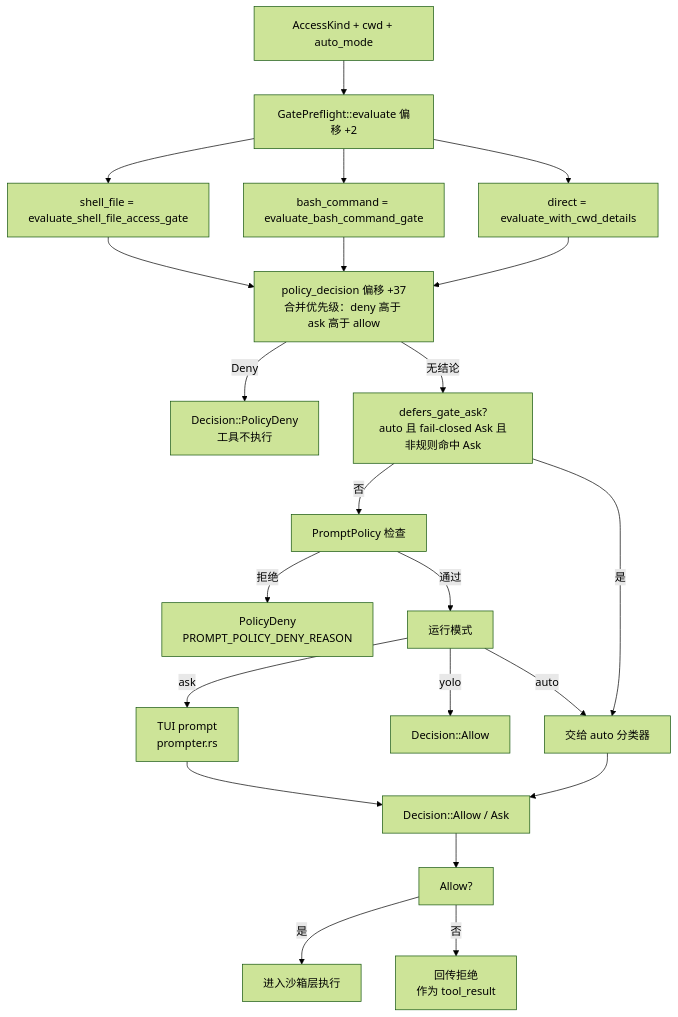
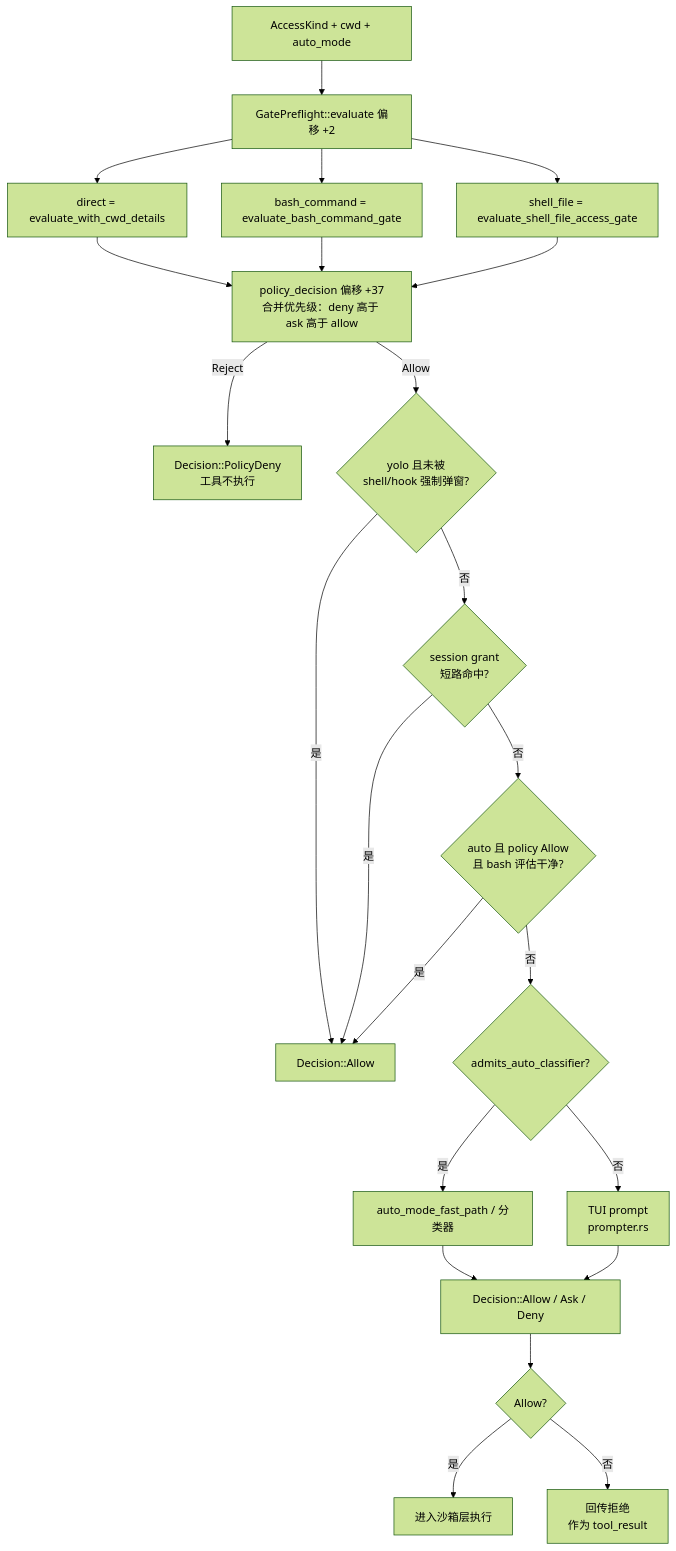
One commit to adrian9778/grok-build changed the diagram in docs/adrian/sourceReader/11-Workspace权限沙箱与Git.md. Above: the diagram before and after it, drawn with Mermaid (forest theme). The commit also changed other lines of this file and 18 other files, not shown here.

````diff
--- a/docs/adrian/sourceReader/11-Workspace权限沙箱与Git.md
+++ b/docs/adrian/sourceReader/11-Workspace权限沙箱与Git.md
@@ -318,24 +351,25 @@
 ```mermaid
 flowchart TD
     A["AccessKind + cwd + auto_mode"] --> B["GatePreflight::evaluate 偏移 +2"]
     B --> C1["direct = evaluate_with_cwd_details"]
     B --> C2["bash_command = evaluate_bash_command_gate"]
     B --> C3["shell_file = evaluate_shell_file_access_gate"]
     C1 --> D["policy_decision 偏移 +37<br/>合并优先级：deny 高于 ask 高于 allow"]
     C2 --> D
     C3 --> D
-    D -->|Deny| E["Decision::PolicyDeny<br/>工具不执行"]
-    D -->|无结论| F["defers_gate_ask?<br/>auto 且 fail-closed Ask 且非规则命中 Ask"]
-    F -->|是| G["交给 auto 分类器"]
-    F -->|否| H["PromptPolicy 检查"]
-    H -->|拒绝| I["PolicyDeny<br/>PROMPT_POLICY_DENY_REASON"]
-    H -->|通过| J["运行模式"]
-    J -->|yolo| K["Decision::Allow"]
-    J -->|auto| G
-    J -->|ask| L["TUI prompt<br/>prompter.rs"]
-    G --> M["Decision::Allow / Ask"]
+    D -->|Reject| E["Decision::PolicyDeny<br/>工具不执行"]
+    D -->|Allow| F{"yolo 且未被<br/>shell/hook 强制弹窗?"}
+    F -->|是| G["Decision::Allow"]
+    F -->|否| H{"session grant<br/>短路命中?"}
+    H -->|是| G
+    H -->|否| I{"auto 且 policy Allow<br/>且 bash 评估干净?"}
+    I -->|是| G
+    I -->|否| J{"admits_auto_classifier?"}
+    J -->|是| K["auto_mode_fast_path / 分类器"]
+    J -->|否| L["TUI prompt<br/>prompter.rs"]
+    K --> M["Decision::Allow / Ask / Deny"]
     L --> M
-    M --> N["Allow?"]
+    M --> N{"Allow?"}
     N -->|是| O["进入沙箱层执行"]
     N -->|否| P["回传拒绝<br/>作为 tool_result"]
 ```
````
